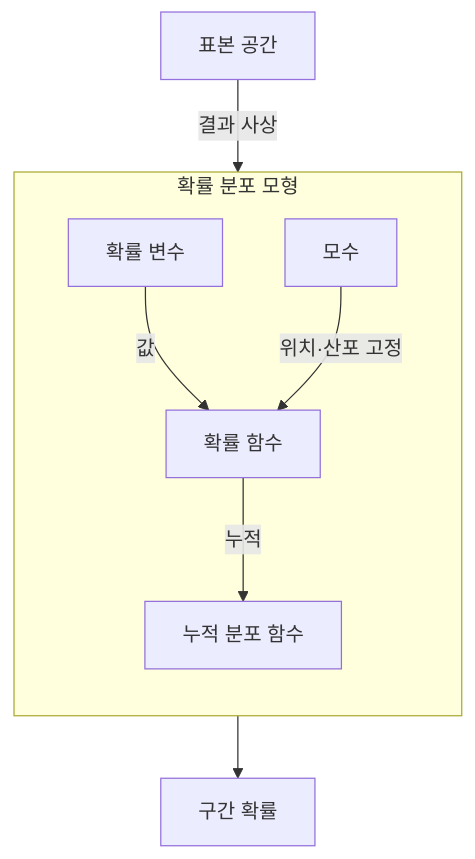
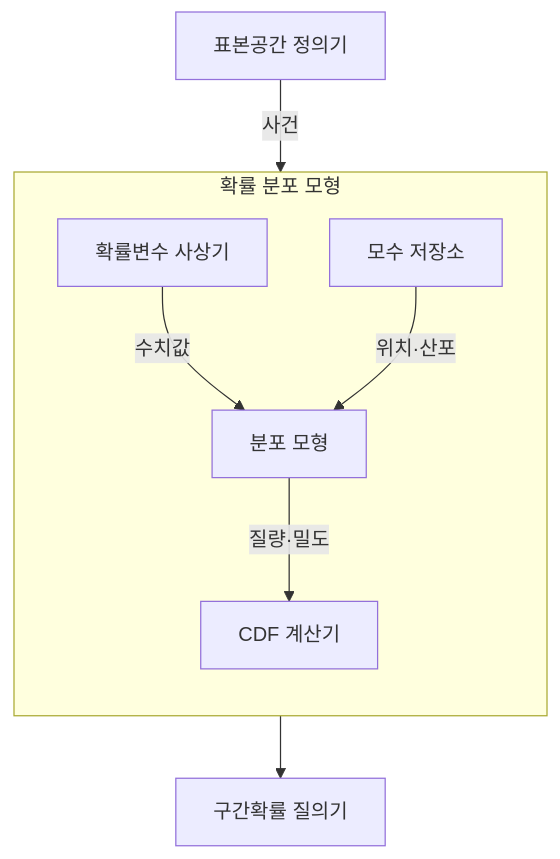
One commit to agnusdei1207/knowledge-base changed the third of 3 diagrams in src/content/docs/notes/01-basic-theory/032_probability_distribution.md. Above: the diagram before and after it, drawn with Mermaid. The commit also changed other lines of this file and 10 other files, not shown here.

````diff
--- a/src/content/docs/notes/01-basic-theory/032_probability_distribution.md
+++ b/src/content/docs/notes/01-basic-theory/032_probability_distribution.md
@@ -80,11 +94,11 @@
 ```mermaid
 flowchart TB
     subgraph D["확률 분포 모형"]
         direction TB
-        RV["확률 변수"] -->|값| F["확률 함수"]
-        P["모수"] -->|위치·산포 고정| F
-        F -->|누적| C["누적 분포 함수"]
+        RV["확률변수 사상기"] -->|수치값| F["분포 모형"]
+        P["모수 저장소"] -->|위치·산포| F
+        F -->|질량·밀도| C["CDF 계산기"]
     end
-    S["표본 공간"] -->|결과 사상| RV
-    C --> Q["구간 확률"]
+    S["표본공간 정의기"] -->|사건| RV
+    C --> Q["구간확률 질의기"]
 ```
````
